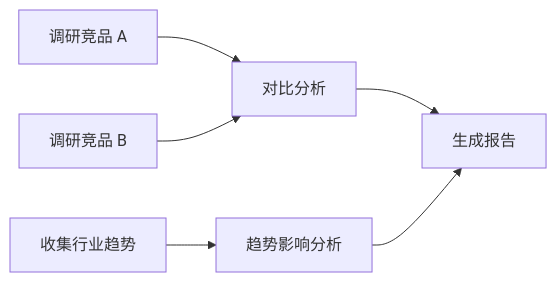
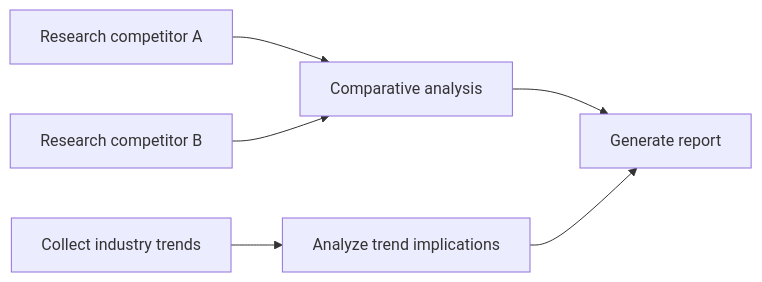
Before and after one commit to oneleaveknowsthefall/awesome-ai-roadmap: the fifth of 10 diagrams in docs/agent/02-reasoning-planning/04-agent-design-patterns.md, drawn with Mermaid. The commit also changed other lines of this file and 68 other files, not shown here.

````diff
--- a/docs/agent/02-reasoning-planning/04-agent-design-patterns.md
+++ b/docs/agent/02-reasoning-planning/04-agent-design-patterns.md
@@ -292,8 +296,8 @@
 ```mermaid
 flowchart LR
-    A[调研竞品 A] --> D[对比分析]
-    B[调研竞品 B] --> D
-    C[收集行业趋势] --> E[趋势影响分析]
-    D --> F[生成报告]
+    A[Research competitor A] --> D[Comparative analysis]
+    B[Research competitor B] --> D
+    C[Collect industry trends] --> E[Analyze trend implications]
+    D --> F[Generate report]
     E --> F
 ```
````
